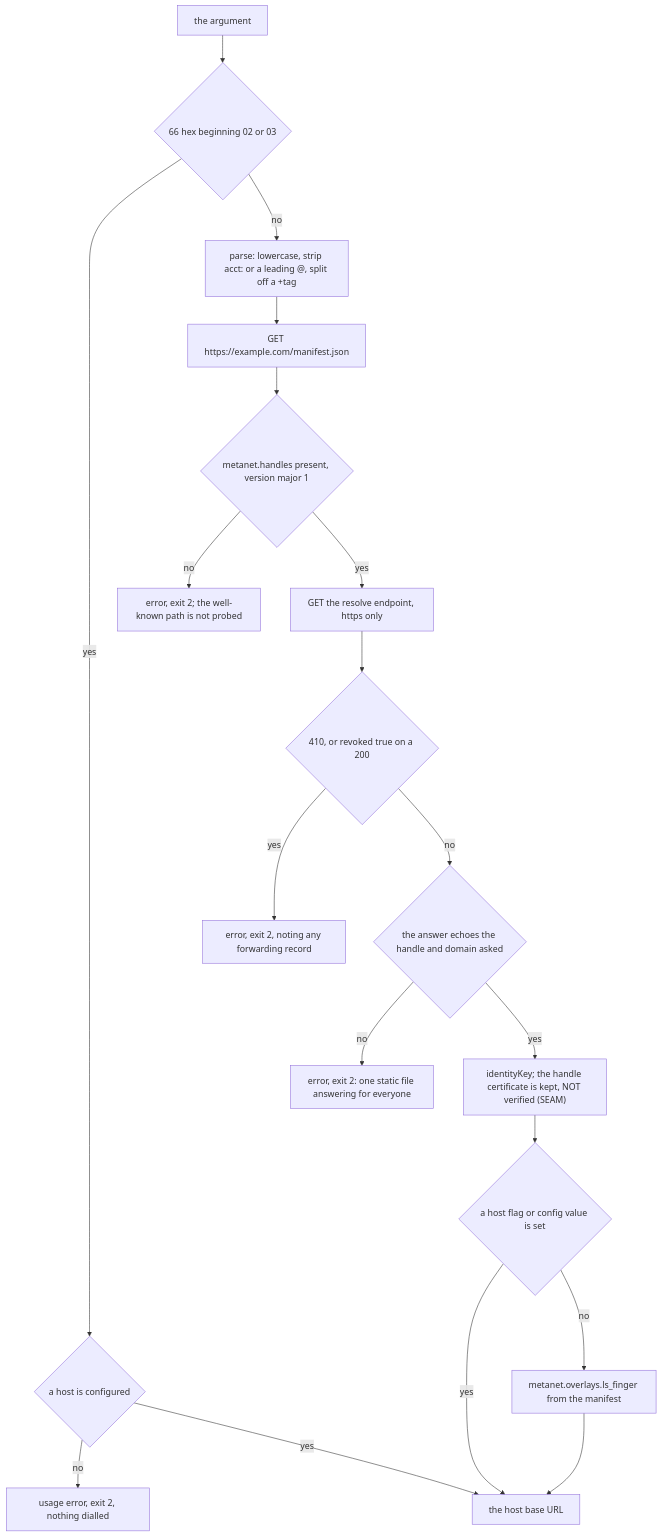
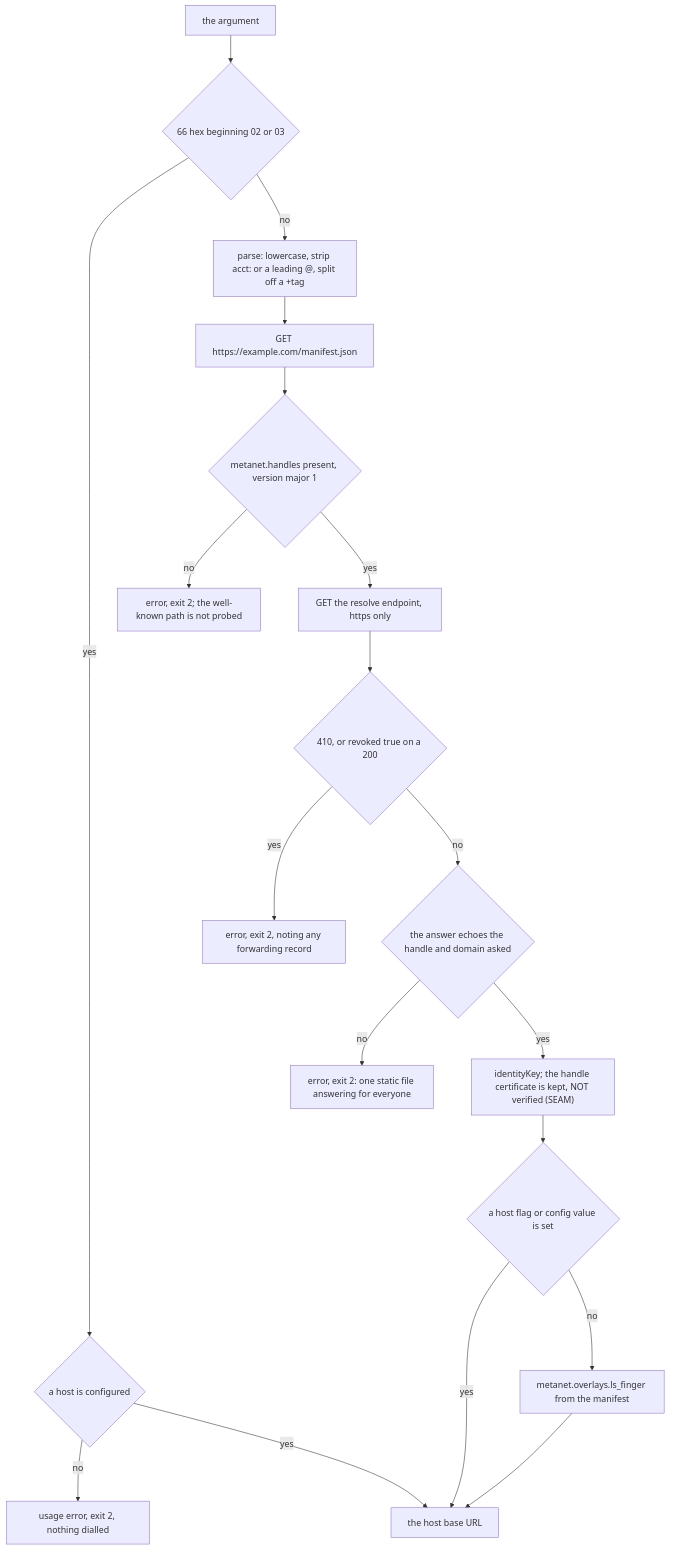
One commit to lightwebinc/bfinger changed the first of 19 diagrams in docs/flows.md. Above: the diagram before and after it, drawn with Mermaid. The commit also changed other lines of this file and 9 other files, not shown here.

First line of the commit message:
[Fix] diagrams: a spacer where the viewer's controls land

````diff
--- a/docs/flows.md
+++ b/docs/flows.md
@@ -28,21 +28,26 @@
 ```mermaid
 flowchart TD
   ARG["the argument"] --> ISKEY{"66 hex beginning 02 or 03"}
   ISKEY -->|"yes"| NEEDHOST{"a host is configured"}
   NEEDHOST -->|"no"| E1["usage error, exit 2, nothing dialled"]
   NEEDHOST -->|"yes"| HOST["the host base URL"]
   ISKEY -->|"no"| ACCT["parse: lowercase, strip acct: or a leading @, split off a +tag"]
   ACCT --> MAN["GET https://example.com/manifest.json"]
   MAN --> HANDLES{"metanet.handles present, version major 1"}
   HANDLES -->|"no"| E2["error, exit 2; the well-known path is not probed"]
   HANDLES -->|"yes"| RES["GET the resolve endpoint, https only"]
   RES --> GONE{"410, or revoked true on a 200"}
   GONE -->|"yes"| E5["error, exit 2, noting any forwarding record"]
   GONE -->|"no"| ECHO{"the answer echoes the handle and domain asked"}
   ECHO -->|"no"| E4["error, exit 2: one static file answering for everyone"]
   ECHO -->|"yes"| KEY["identityKey; the handle certificate is kept, NOT verified (SEAM)"]
   KEY --> PICK{"a host flag or config value is set"}
   PICK -->|"yes"| HOST
   PICK -->|"no"| OVL["metanet.overlays.ls_finger from the manifest"]
   OVL --> HOST
+  %% The last node is an invisible spacer in the rightmost rank: the rendered
+  %% viewer places its zoom and pan controls over the bottom-right corner.
+  OVL ~~~ pad
+  pad["&nbsp;&nbsp;&nbsp;&nbsp;&nbsp;&nbsp;&nbsp;&nbsp;&nbsp;&nbsp;&nbsp;&nbsp;&nbsp;&nbsp;&nbsp;&nbsp;&nbsp;&nbsp;&nbsp;&nbsp;&nbsp;&nbsp;&nbsp;&nbsp;&nbsp;&nbsp;&nbsp;&nbsp;&nbsp;&nbsp;&nbsp;&nbsp;&nbsp;&nbsp;&nbsp;&nbsp;&nbsp;&nbsp;&nbsp;&nbsp;&nbsp;&nbsp;&nbsp;&nbsp;&nbsp;&nbsp;&nbsp;&nbsp;<br/>&nbsp;<br/>&nbsp;<br/>&nbsp;"]:::pad
+  classDef pad fill:none,stroke:none,color:transparent
 ```
````
